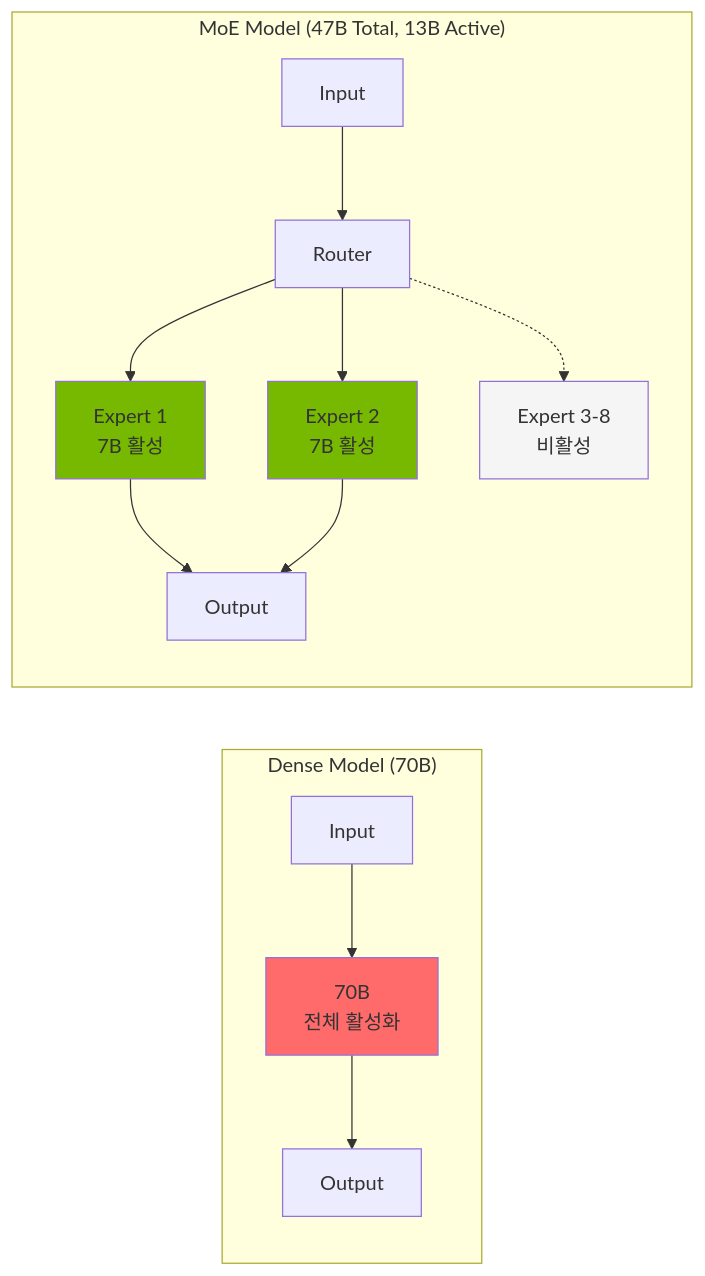
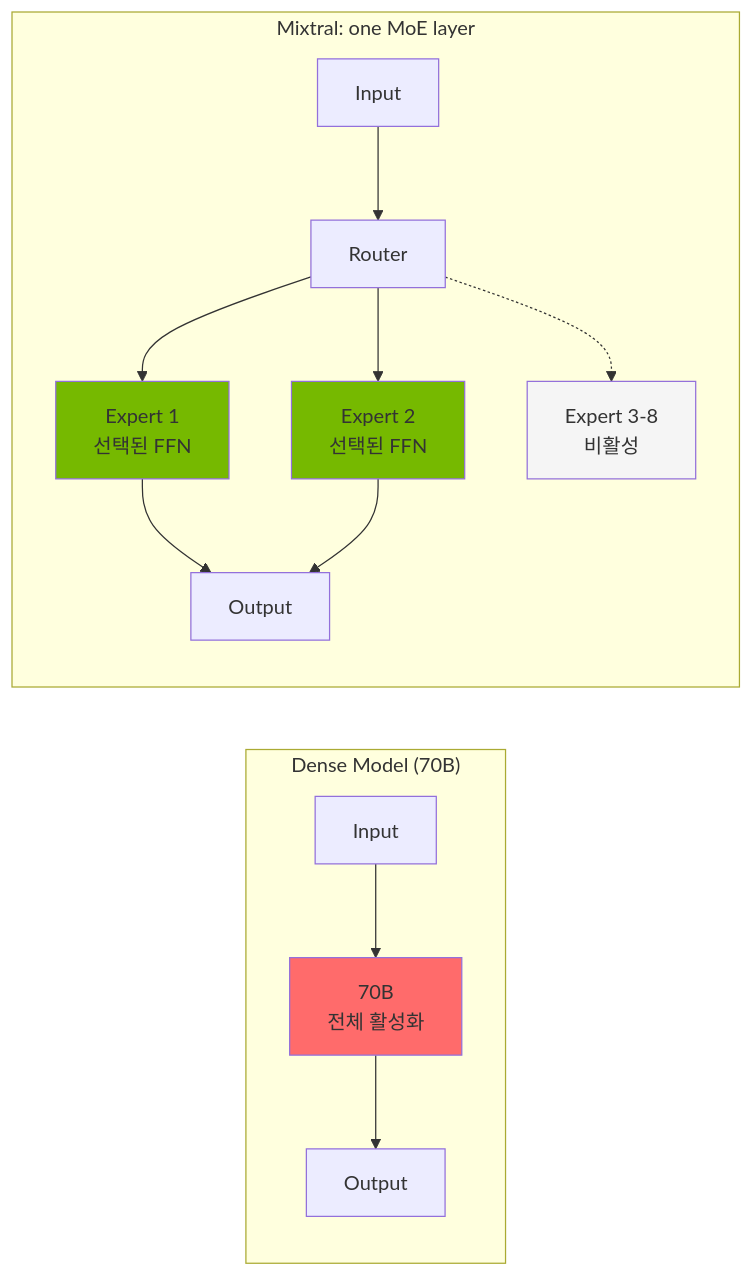
One commit to devfloor9/engineering-playbook changed the second of 6 diagrams in docs/agentic-ai-platform/model-serving/inference-frameworks/moe-model-serving.md. Above: the diagram before and after it, drawn with Mermaid. The commit also changed other lines of this file and 13 other files, not shown here.

````diff
--- a/docs/agentic-ai-platform/model-serving/inference-frameworks/moe-model-serving.md
+++ b/docs/agentic-ai-platform/model-serving/inference-frameworks/moe-model-serving.md
@@ -99,21 +116,21 @@
 ```mermaid
 flowchart LR
     subgraph Dense["Dense Model (70B)"]
         D_IN[Input] --> D_ALL[70B<br/>전체 활성화]
         D_ALL --> D_OUT[Output]
     end
 
-    subgraph MoE["MoE Model (47B Total, 13B Active)"]
+    subgraph MoE["Mixtral: one MoE layer"]
         M_IN[Input] --> M_GATE[Router]
-        M_GATE --> M_E1[Expert 1<br/>7B 활성]
-        M_GATE --> M_E2[Expert 2<br/>7B 활성]
+        M_GATE --> M_E1[Expert 1<br/>선택된 FFN]
+        M_GATE --> M_E2[Expert 2<br/>선택된 FFN]
         M_E1 --> M_OUT[Output]
         M_E2 --> M_OUT
         M_GATE -.-> M_E3[Expert 3-8<br/>비활성]
     end
 
     style D_ALL fill:#ff6b6b
     style M_E1 fill:#76b900
     style M_E2 fill:#76b900
     style M_E3 fill:#f5f5f5
 ```
````
